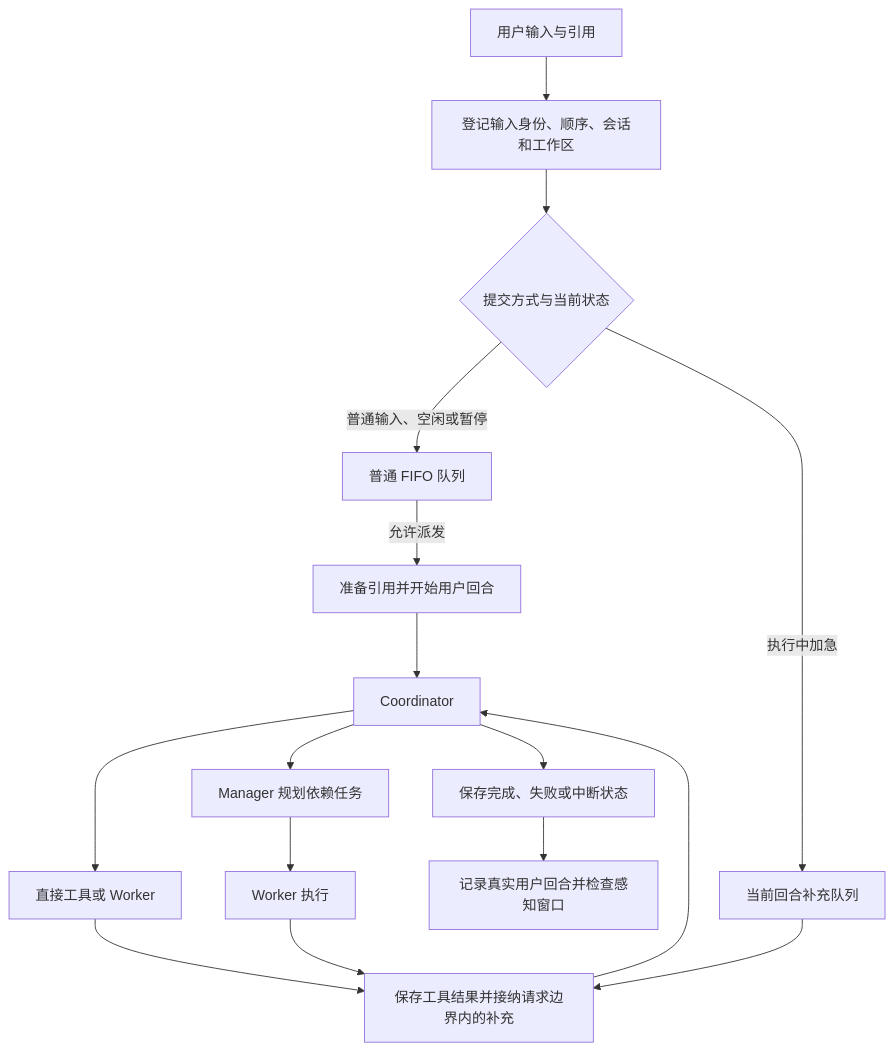
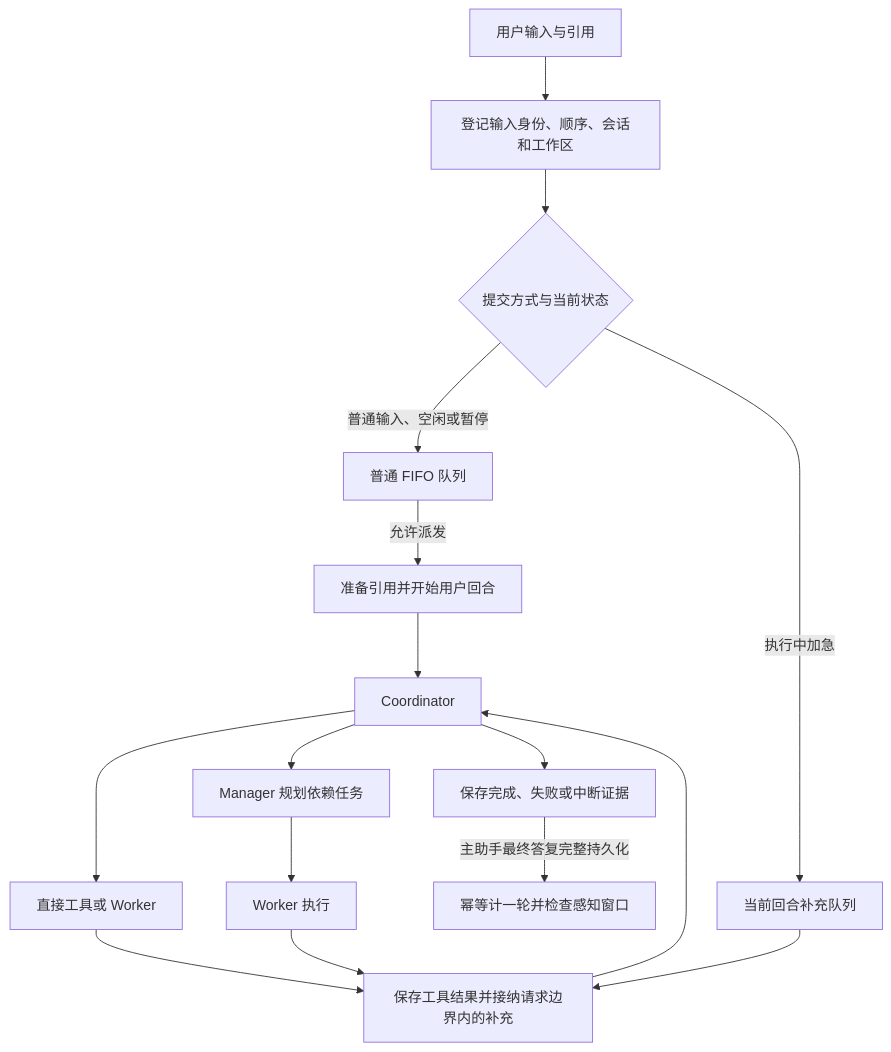
One commit to Tian-ye1214/RedLotus changed the diagram in docs/design.md. Above: the diagram before and after it, drawn with Mermaid. The commit also changed other lines of this file and 46 other files, not shown here.

````diff
--- a/docs/design.md
+++ b/docs/design.md
@@ -28,18 +28,18 @@
 ```mermaid
 flowchart TD
     U["用户输入与引用"] --> A["登记输入身份、顺序、会话和工作区"]
     A --> K{"提交方式与当前状态"}
     K -->|"普通输入、空闲或暂停"| Q["普通 FIFO 队列"]
     K -->|"执行中加急"| I["当前回合补充队列"]
     Q -->|"允许派发"| R["准备引用并开始用户回合"]
     R --> C["Coordinator"]
     C --> T["直接工具或 Worker"]
     C --> M["Manager 规划依赖任务"]
     M --> W["Worker 执行"]
     T --> B["保存工具结果并接纳请求边界内的补充"]
     W --> B
     I --> B
     B --> C
-    C --> F["保存完成、失败或中断状态"]
-    F --> N["记录真实用户回合并检查感知窗口"]
+    C --> F["保存完成、失败或中断证据"]
+    F -->|"主助手最终答复完整持久化"| N["幂等计一轮并检查感知窗口"]
 ```
````
